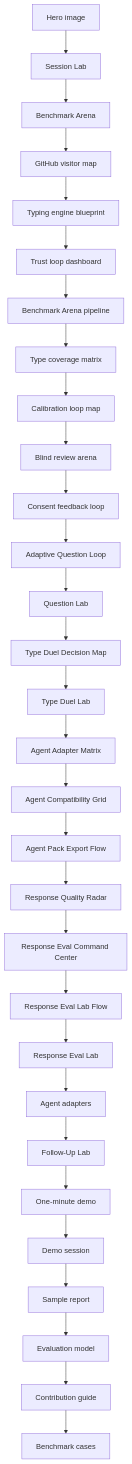
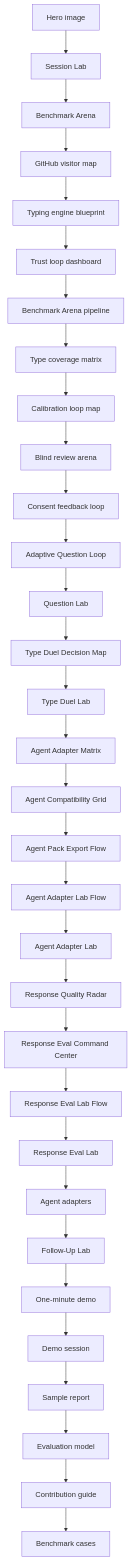
The diagram in docs/visual-tour.md (Zaoqu-Liu/mbti-typing-skill), drawn with Mermaid before and after one commit. The commit also changed other lines of this file and 27 other files, not shown here.

Commit message:
Add agent adapter lab

````diff
--- a/docs/visual-tour.md
+++ b/docs/visual-tour.md
@@ -345,32 +359,34 @@
 ```mermaid
 flowchart TD
     A[Hero image] --> B[Session Lab]
     B --> C[Benchmark Arena]
     C --> D[GitHub visitor map]
     D --> E[Typing engine blueprint]
     E --> F[Trust loop dashboard]
     F --> G[Benchmark Arena pipeline]
     G --> H[Type coverage matrix]
     H --> I[Calibration loop map]
     I --> J[Blind review arena]
     J --> K[Consent feedback loop]
     K --> L[Adaptive Question Loop]
     L --> M[Question Lab]
     M --> N[Type Duel Decision Map]
     N --> O[Type Duel Lab]
     O --> P[Agent Adapter Matrix]
     P --> Q[Agent Compatibility Grid]
     Q --> R[Agent Pack Export Flow]
-    R --> S[Response Quality Radar]
-    S --> T[Response Eval Command Center]
-    T --> U[Response Eval Lab Flow]
-    U --> V[Response Eval Lab]
-    V --> W[Agent adapters]
-    W --> X[Follow-Up Lab]
-    X --> Y[One-minute demo]
-    Y --> Z[Demo session]
-    Z --> AA[Sample report]
-    AA --> AB[Evaluation model]
-    AB --> AC[Contribution guide]
-    AC --> AD[Benchmark cases]
+    R --> S[Agent Adapter Lab Flow]
+    S --> T[Agent Adapter Lab]
+    T --> U[Response Quality Radar]
+    U --> V[Response Eval Command Center]
+    V --> W[Response Eval Lab Flow]
+    W --> X[Response Eval Lab]
+    X --> Y[Agent adapters]
+    Y --> Z[Follow-Up Lab]
+    Z --> AA[One-minute demo]
+    AA --> AB[Demo session]
+    AB --> AC[Sample report]
+    AC --> AD[Evaluation model]
+    AD --> AE[Contribution guide]
+    AE --> AF[Benchmark cases]
 ```
````
